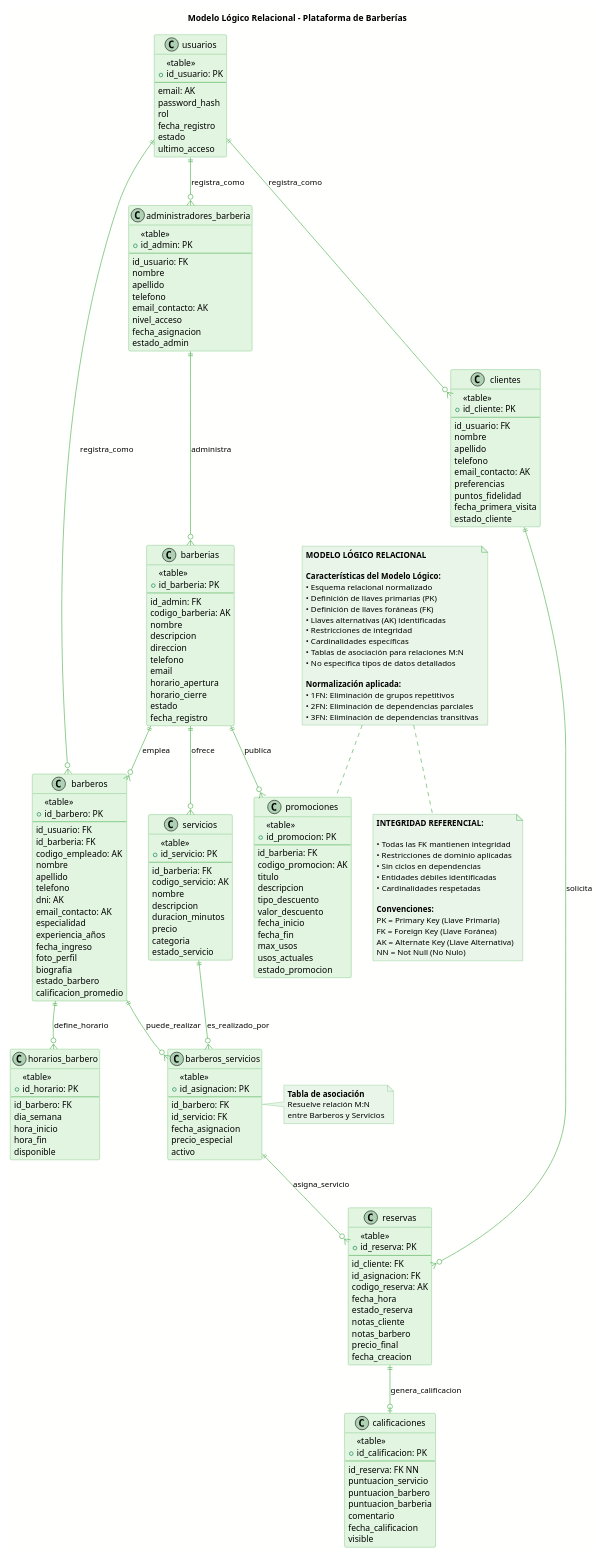
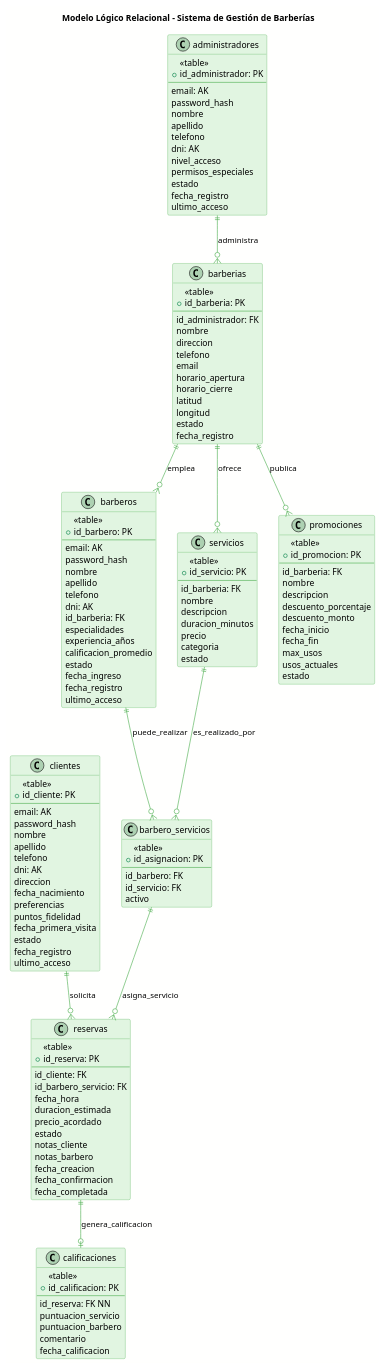
Before and after one commit to tunek12421/Barberias-App: the diagram in Diagramas/Modelados/ModeloLógico.puml, drawn with PlantUML. The commit also changed 4 other files, not shown here.

```diff
--- a/Diagramas/Modelados/ModeloLógico.puml
+++ b/Diagramas/Modelados/ModeloLógico.puml
@@ -10,63 +10,60 @@
     BorderColor #66BB6A
 }
 
-title Modelo Lógico Relacional - Plataforma de Barberías
+title Modelo Lógico Relacional - Sistema de Gestión de Barberías
 
 ' === TABLAS PRINCIPALES ===
-class usuarios {
-    <<table>>
-    +id_usuario: PK
-    --
-    email: AK
-    password_hash
-    rol
-    fecha_registro
-    estado
-    ultimo_acceso
-}
 
 class clientes {
     <<table>>
     +id_cliente: PK
     --
-    id_usuario: FK
+    email: AK
+    password_hash
     nombre
     apellido
     telefono
-    email_contacto: AK
+    dni: AK
+    direccion
+    fecha_nacimiento
     preferencias
     puntos_fidelidad
     fecha_primera_visita
-    estado_cliente
+    estado
+    fecha_registro
+    ultimo_acceso
 }
 
-class administradores_barberia {
+class administradores {
     <<table>>
-    +id_admin: PK
+    +id_administrador: PK
     --
-    id_usuario: FK
+    email: AK
+    password_hash
     nombre
     apellido
     telefono
-    email_contacto: AK
+    dni: AK
     nivel_acceso
-    fecha_asignacion
-    estado_admin
+    permisos_especiales
+    estado
+    fecha_registro
+    ultimo_acceso
 }
 
 class barberias {
     <<table>>
     +id_barberia: PK
     --
-    id_admin: FK
-    codigo_barberia: AK
+    id_administrador: FK
     nombre
-    descripcion
     direccion
     telefono
     email
     horario_apertura
     horario_cierre
+    latitud
+    longitud
     estado
     fecha_registro
 }
@@ -75,21 +72,20 @@
     <<table>>
     +id_barbero: PK
     --
-    id_usuario: FK
-    id_barberia: FK
-    codigo_empleado: AK
+    email: AK
+    password_hash
     nombre
     apellido
     telefono
     dni: AK
-    email_contacto: AK
-    especialidad
+    id_barberia: FK
+    especialidades
     experiencia_años
+    calificacion_promedio
+    estado
     fecha_ingreso
-    foto_perfil
-    biografia
-    estado_barbero
-    calificacion_promedio
+    fecha_registro
+    ultimo_acceso
 }
 
 class servicios {
@@ -97,40 +93,21 @@
     +id_servicio: PK
     --
     id_barberia: FK
-    codigo_servicio: AK
     nombre
     descripcion
     duracion_minutos
     precio
     categoria
-    estado_servicio
+    estado
 }
 
-class barberos_servicios {
+class barbero_servicios {
     <<table>>
     +id_asignacion: PK
     --
     id_barbero: FK
     id_servicio: FK
-    fecha_asignacion
-    precio_especial
     activo
-}
-note right of barberos_servicios
-  **Tabla de asociación**
-  Resuelve relación M:N
-  entre Barberos y Servicios
-end note
-
-class horarios_barbero {
-    <<table>>
-    +id_horario: PK
-    --
-    id_barbero: FK
-    dia_semana
-    hora_inicio
-    hora_fin
-    disponible
 }
 
 class reservas {
@@ -138,14 +115,16 @@
     +id_reserva: PK
     --
     id_cliente: FK
-    id_asignacion: FK
-    codigo_reserva: AK
+    id_barbero_servicio: FK
     fecha_hora
-    estado_reserva
+    duracion_estimada
+    precio_acordado
+    estado
     notas_cliente
     notas_barbero
-    precio_final
     fecha_creacion
+    fecha_confirmacion
+    fecha_completada
 }
 
 class calificaciones {
@@ -155,10 +134,8 @@
     id_reserva: FK NN
     puntuacion_servicio
     puntuacion_barbero
-    puntuacion_barberia
     comentario
     fecha_calificacion
-    visible
 }
 
 class promociones {
@@ -166,74 +143,31 @@
     +id_promocion: PK
     --
     id_barberia: FK
-    codigo_promocion: AK
-    titulo
+    nombre
     descripcion
-    tipo_descuento
-    valor_descuento
+    descuento_porcentaje
+    descuento_monto
     fecha_inicio
     fecha_fin
     max_usos
     usos_actuales
-    estado_promocion
+    estado
 }
 
 ' === RELACIONES REFERENCIALES ===
-usuarios ||--o{ clientes : "registra_como"
-usuarios ||--o{ administradores_barberia : "registra_como"
-usuarios ||--o{ barberos : "registra_como"
-
-administradores_barberia ||--o{ barberias : "administra"
+administradores ||--o{ barberias : "administra"
 
 barberias ||--o{ barberos : "emplea"
+barberias ||--o{ servicios : "ofrece"
+barberias ||--o{ promociones : "publica"
 
-barberias ||--o{ servicios : "ofrece"
-
-barberos ||--o{ barberos_servicios : "puede_realizar"
-servicios ||--o{ barberos_servicios : "es_realizado_por"
-
-barberos ||--o{ horarios_barbero : "define_horario"
+barberos ||--o{ barbero_servicios : "puede_realizar"
+servicios ||--o{ barbero_servicios : "es_realizado_por"
 
 clientes ||--o{ reservas : "solicita"
-barberos_servicios ||--o{ reservas : "asigna_servicio"
+barbero_servicios ||--o{ reservas : "asigna_servicio"
 
 reservas ||--o| calificaciones : "genera_calificacion"
 
-barberias ||--o{ promociones : "publica"
-
-note top
-  **MODELO LÓGICO RELACIONAL**
-  
-  **Características del Modelo Lógico:**
-  • Esquema relacional normalizado
-  • Definición de llaves primarias (PK)
-  • Definición de llaves foráneas (FK)
-  • Llaves alternativas (AK) identificadas
-  • Restricciones de integridad
-  • Cardinalidades específicas
-  • Tablas de asociación para relaciones M:N
-  • No especifica tipos de datos detallados
-  
-  **Normalización aplicada:**
-  • 1FN: Eliminación de grupos repetitivos
-  • 2FN: Eliminación de dependencias parciales
-  • 3FN: Eliminación de dependencias transitivas
-end note
-
-note bottom
-  **INTEGRIDAD REFERENCIAL:**
-  
-  • Todas las FK mantienen integridad
-  • Restricciones de dominio aplicadas
-  • Sin ciclos en dependencias
-  • Entidades débiles identificadas
-  • Cardinalidades respetadas
-  
-  **Convenciones:**
-  PK = Primary Key (Llave Primaria)
-  FK = Foreign Key (Llave Foránea)  
-  AK = Alternate Key (Llave Alternativa)
-  NN = Not Null (No Nulo)
-end note
 
 @enduml
```
